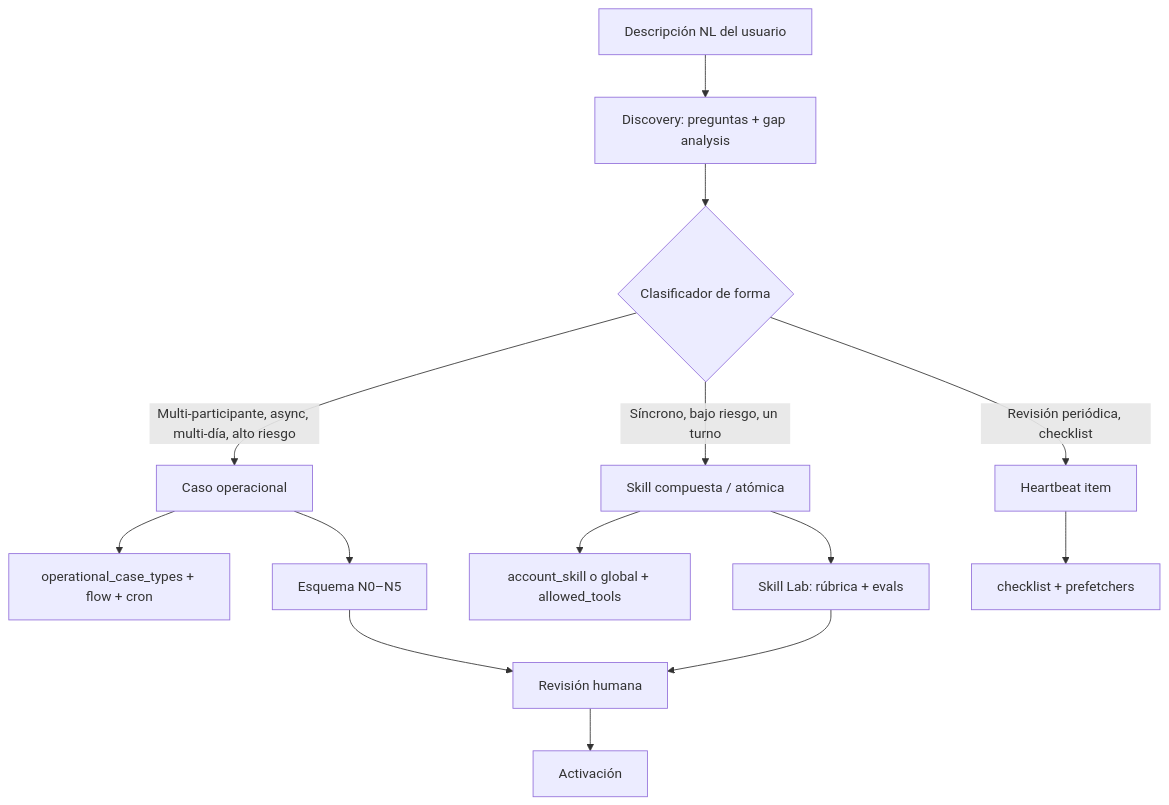
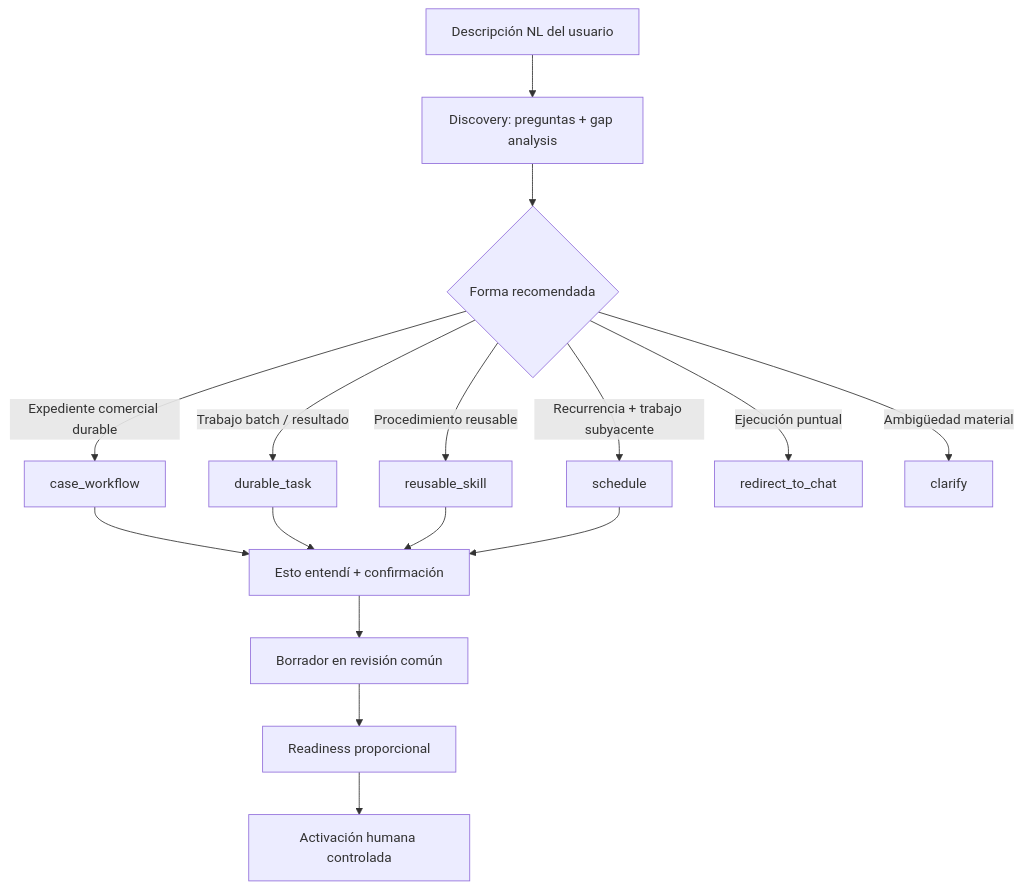
Before and after one commit to janotowers/10x-builders-agent: the first of 2 diagrams in docs/operational-cases/use-case-authoring-vision.md, drawn with Mermaid. The commit also changed other lines of this file and 25 other files, not shown here.

````diff
--- a/docs/operational-cases/use-case-authoring-vision.md
+++ b/docs/operational-cases/use-case-authoring-vision.md
@@ -52,16 +55,18 @@
 ```mermaid
 flowchart TD
   NL[Descripción NL del usuario] --> DIS[Discovery: preguntas + gap analysis]
-  DIS --> Q{Clasificador de forma}
-  Q -->|Multi-participante, async, multi-día, alto riesgo| OC[Caso operacional]
-  Q -->|Síncrono, bajo riesgo, un turno| SK[Skill compuesta / atómica]
-  Q -->|Revisión periódica, checklist| HB[Heartbeat item]
-  OC --> OCT[operational_case_types + flow + cron]
-  SK --> SKT[account_skill o global + allowed_tools]
-  HB --> HBT[checklist + prefetchers]
-  OC --> TST[Esquema N0–N5]
-  SK --> TST2[Skill Lab: rúbrica + evals]
-  TST --> REV[Revisión humana]
-  TST2 --> REV
-  REV --> ACT[Activación]
+  DIS --> Q{Forma recomendada}
+  Q -->|Expediente comercial durable| OC[case_workflow]
+  Q -->|Trabajo batch / resultado| DT[durable_task]
+  Q -->|Procedimiento reusable| SK[reusable_skill]
+  Q -->|Recurrencia + trabajo subyacente| SC[schedule]
+  Q -->|Ejecución puntual| CHAT[redirect_to_chat]
+  Q -->|Ambigüedad material| CL[clarify]
+  OC --> REV[Esto entendí + confirmación]
+  DT --> REV
+  SK --> REV
+  SC --> REV
+  REV --> DRAFT[Borrador en revisión común]
+  DRAFT --> READY[Readiness proporcional]
+  READY --> ACT[Activación humana controlada]
 ```
````
